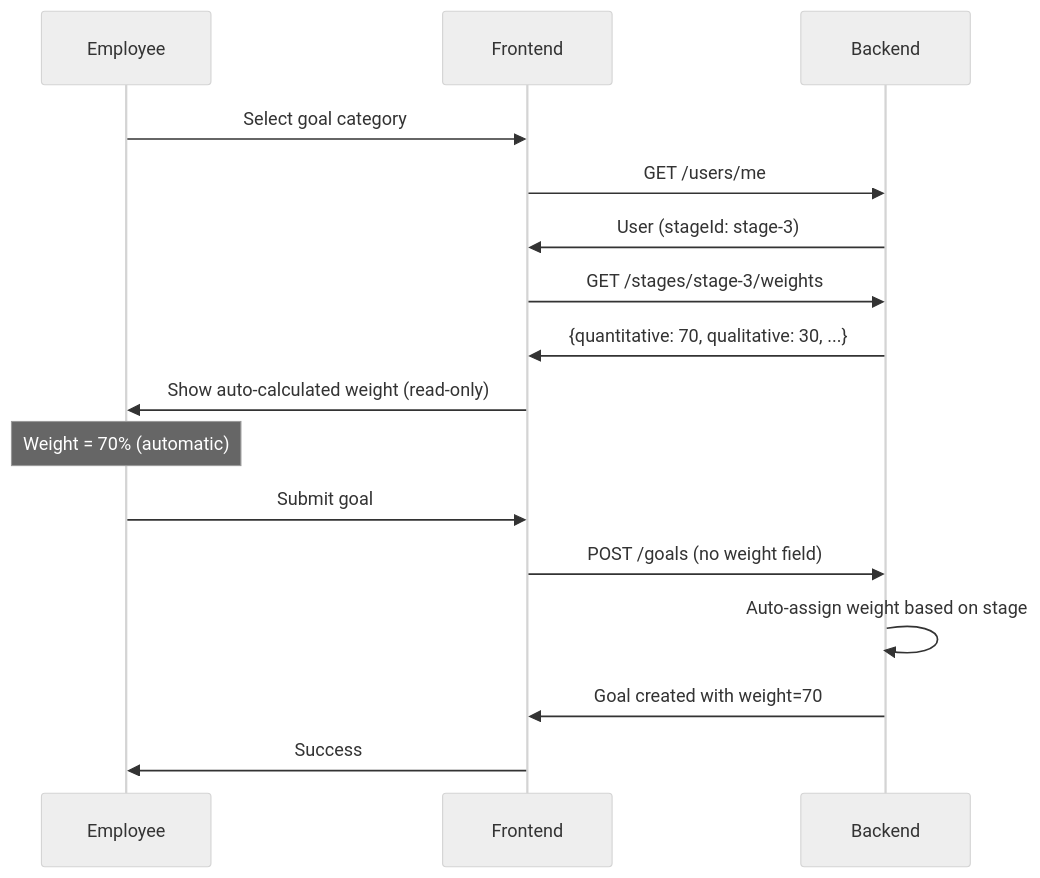
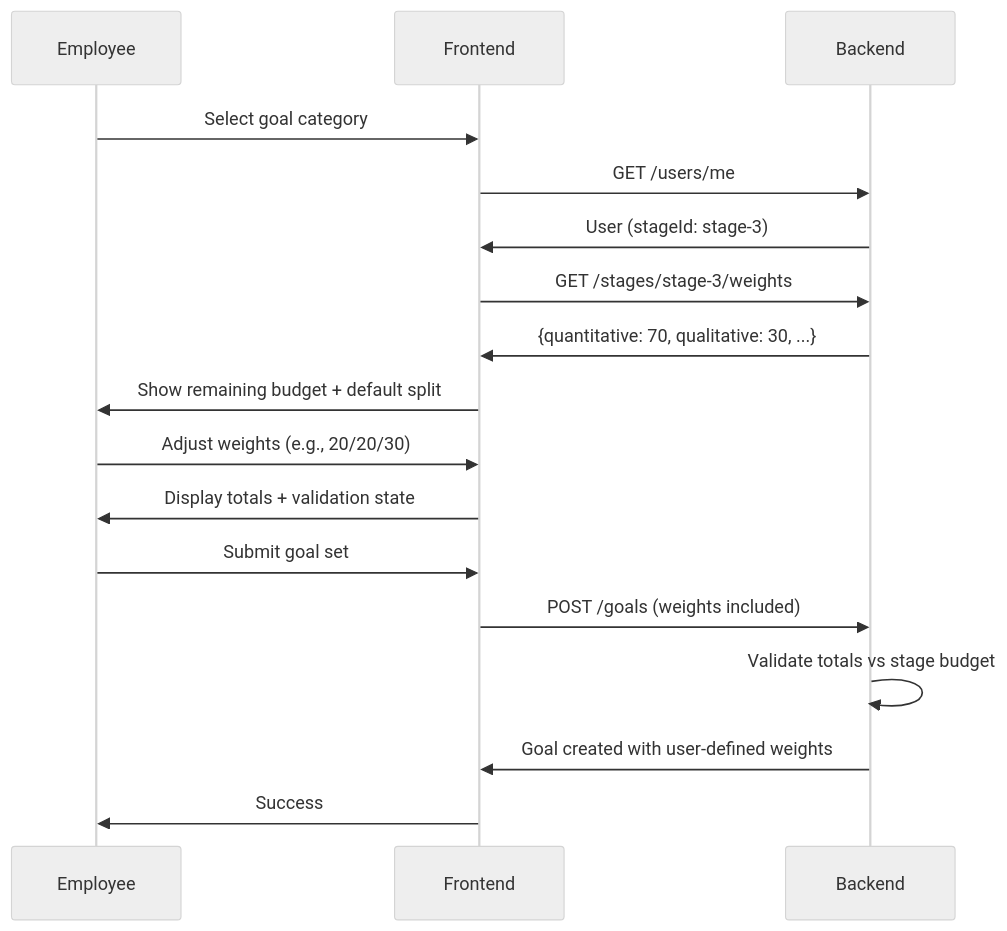
The second of 2 diagrams in .kiro/specs/automatic-stage-weight-config/CONTEXT.md (shintairiku/evaluation-system), drawn with Mermaid (neutral theme) before and after one commit. The commit also changed other lines of this file and 1 other file, not shown here.

First line of the commit message:
refactor(specs): change from automatic weight assignment to guided budget validation

````diff
--- a/.kiro/specs/automatic-stage-weight-config/CONTEXT.md
+++ b/.kiro/specs/automatic-stage-weight-config/CONTEXT.md
@@ -325,19 +329,20 @@
 ```mermaid
 sequenceDiagram
     participant E as Employee
     participant F as Frontend
     participant B as Backend
 
     E->>F: Select goal category
     F->>B: GET /users/me
     B->>F: User (stageId: stage-3)
     F->>B: GET /stages/stage-3/weights
     B->>F: {quantitative: 70, qualitative: 30, ...}
-    F->>E: Show auto-calculated weight (read-only)
-    Note over E: Weight = 70% (automatic)
-    E->>F: Submit goal
-    F->>B: POST /goals (no weight field)
-    B->>B: Auto-assign weight based on stage
-    B->>F: Goal created with weight=70
+    F->>E: Show remaining budget + default split
+    E->>F: Adjust weights (e.g., 20/20/30)
+    F->>E: Display totals + validation state
+    E->>F: Submit goal set
+    F->>B: POST /goals (weights included)
+    B->>B: Validate totals vs stage budget
+    B->>F: Goal created with user-defined weights
     F->>E: Success
 ```
````
